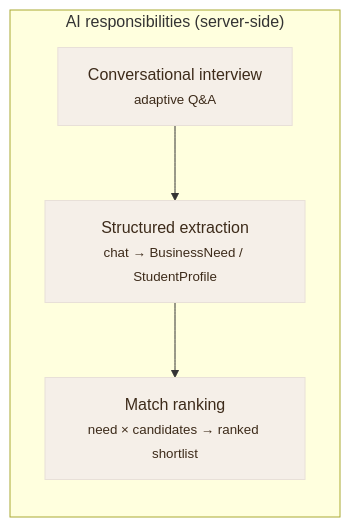
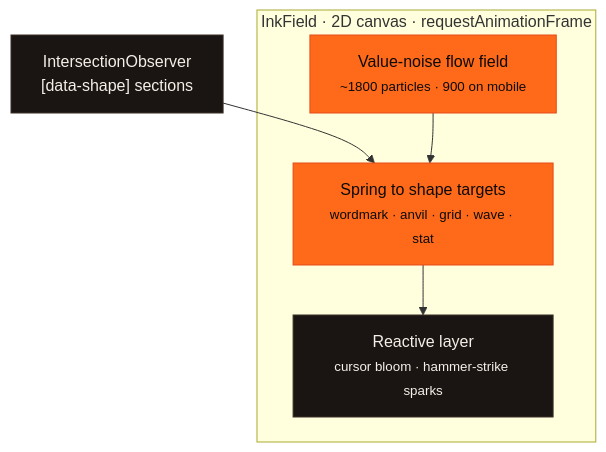
One commit to SaiKasani/Hephaestus-Public changed the first of 2 diagrams in ARCHITECTURE.md. Above: the diagram before and after it, drawn with Mermaid. The commit also changed other lines of this file and 9 other files, not shown here.

````diff
--- a/ARCHITECTURE.md
+++ b/ARCHITECTURE.md
@@ -69,11 +36,14 @@
 ```mermaid
-flowchart LR
-    subgraph AI["AI responsibilities (server-side)"]
-        I["Conversational interview<br/><small>adaptive Q&A</small>"]
-        E["Structured extraction<br/><small>chat → BusinessNeed / StudentProfile</small>"]
-        R["Match ranking<br/><small>need × candidates → ranked shortlist</small>"]
+flowchart TB
+    subgraph Field["InkField · 2D canvas · requestAnimationFrame"]
+        FLOW["Value-noise flow field<br/><small>~1800 particles · 900 on mobile</small>"]
+        SPRING["Spring to shape targets<br/><small>wordmark · anvil · grid · wave · stat</small>"]
+        REACT["Reactive layer<br/><small>cursor bloom · hammer-strike sparks</small>"]
     end
-    I --> E --> R
-    classDef soft fill:#F5EFE8,stroke:#E8E0D8,color:#3D2B1A;
-    class I,E,R soft;
+    SCROLL["IntersectionObserver<br/>[data-shape] sections"] --> SPRING
+    FLOW --> SPRING --> REACT
+    classDef accent fill:#ff6a1a,stroke:#e64a19,color:#0c0a09;
+    classDef soft fill:#1a1512,stroke:#3a2f27,color:#f5efe8;
+    class FLOW,SPRING accent;
+    class REACT,SCROLL soft;
 ```
````
